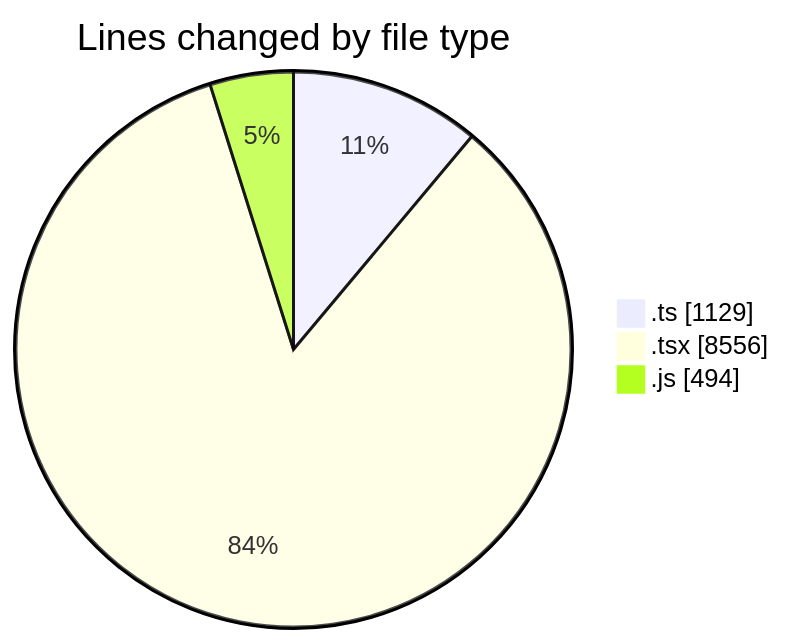
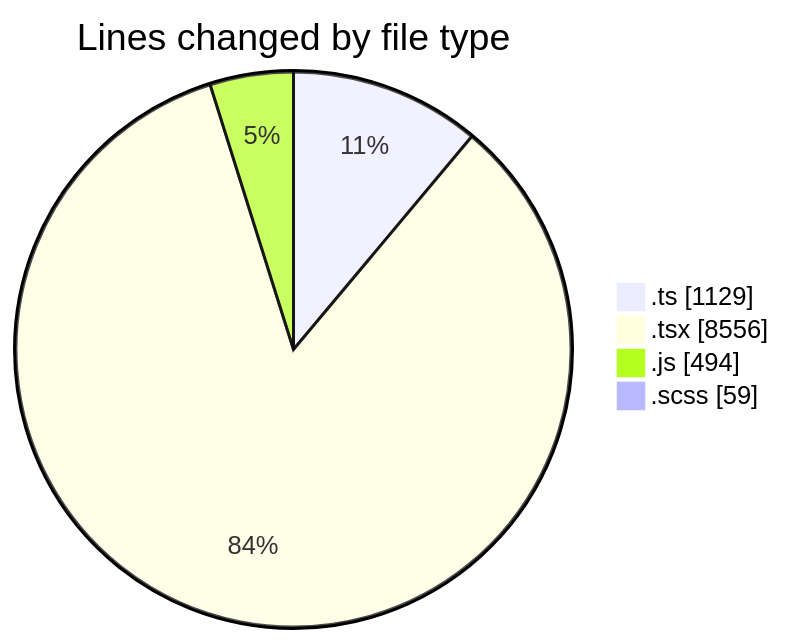
One commit to momahboobian/code-tracking changed the first of 2 diagrams in 2025-09-02/cda/README.md. Above: the diagram before and after it, drawn with Mermaid. The commit also changed other lines of this file and 1 other file, not shown here.

````diff
--- a/2025-09-02/cda/README.md
+++ b/2025-09-02/cda/README.md
@@ -31,7 +32,8 @@
 ```mermaid
 pie showData
 title Lines changed by file type
 ".ts" : 1129
 ".tsx" : 8556
 ".js" : 494
+".scss" : 59
 ```
````
